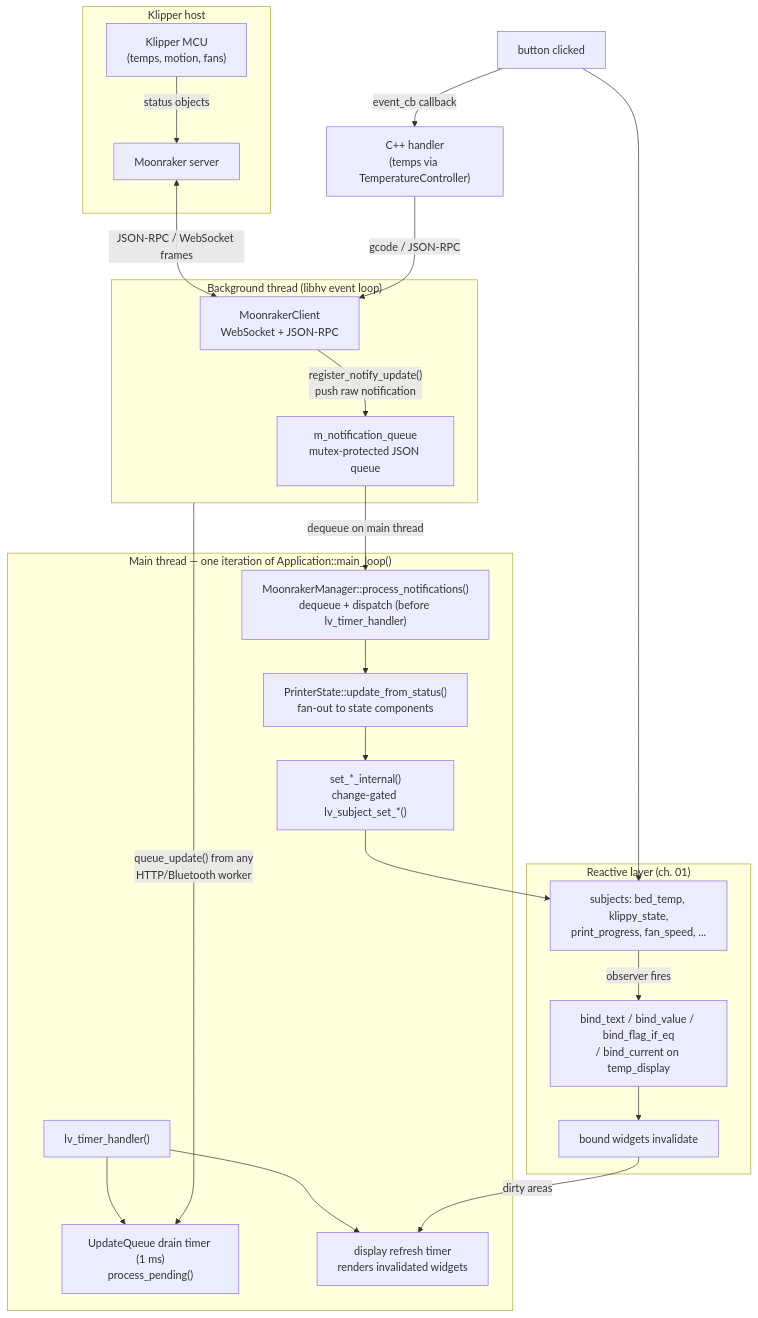
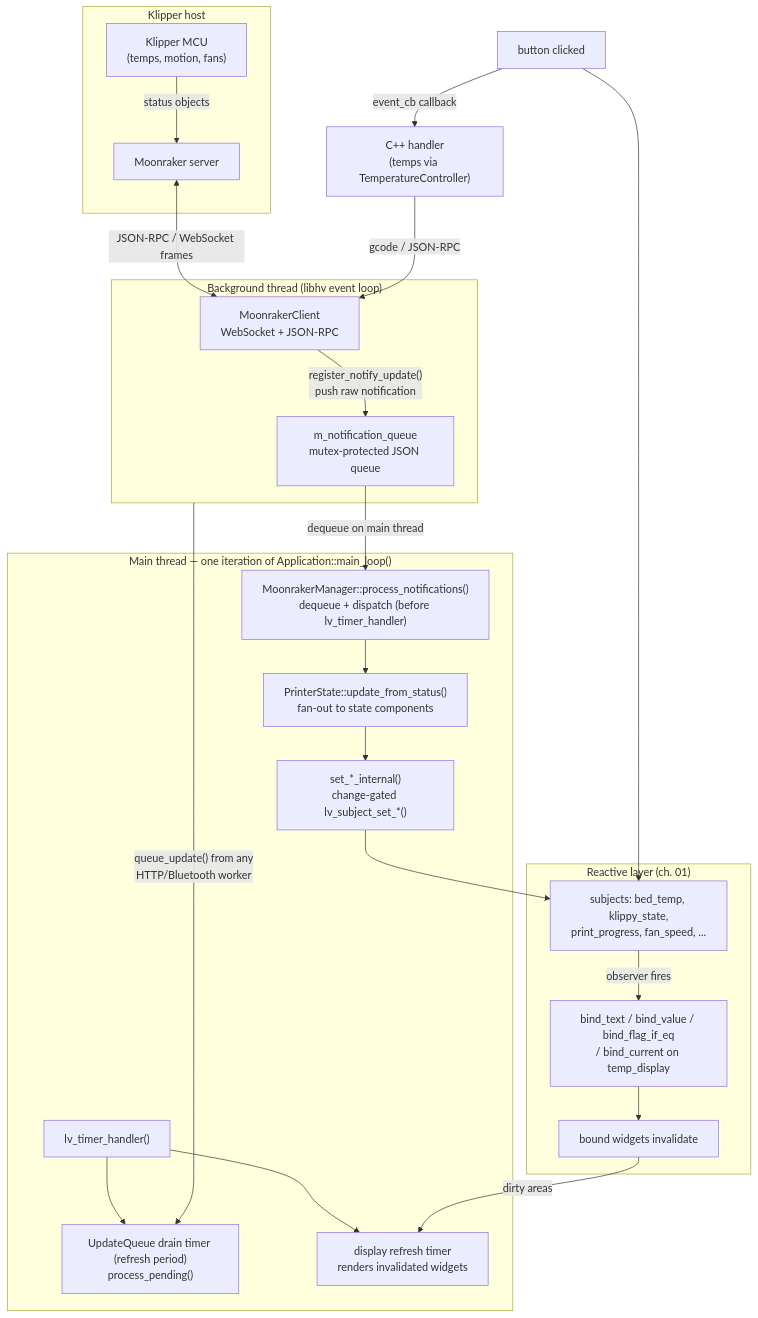
The diagram in docs/devel/architecture/02-subjects-dataflow.md (prestonbrown/helixscreen), drawn with Mermaid before and after one commit. The commit also changed other lines of this file and 1 other file, not shown here.

First line of the commit message:
docs(architecture): the update queue drains on the refresh period, not every millisecond

````diff
--- a/docs/devel/architecture/02-subjects-dataflow.md
+++ b/docs/devel/architecture/02-subjects-dataflow.md
@@ -7,44 +7,44 @@
 ```mermaid
 flowchart TD
     subgraph REMOTE["Klipper host"]
         KL["Klipper MCU<br/>(temps, motion, fans)"]
         MR["Moonraker server"]
         KL -->|"status objects"| MR
     end
 
     subgraph BG["Background thread (libhv event loop)"]
         WS["MoonrakerClient<br/>WebSocket + JSON-RPC"]
         NQ["m_notification_queue<br/>mutex-protected JSON queue"]
         WS -->|"register_notify_update()<br/>push raw notification"| NQ
     end
 
     MR <-- "JSON-RPC / WebSocket frames" --> WS
 
     subgraph MAIN["Main thread — one iteration of Application::main_loop()"]
         DEQ["MoonrakerManager::process_notifications()<br/>dequeue + dispatch (before lv_timer_handler)"]
         UPD["PrinterState::update_from_status()<br/>fan-out to state components"]
         SET["set_*_internal()<br/>change-gated lv_subject_set_*()"]
         TH["lv_timer_handler()"]
-        UQ["UpdateQueue drain timer (1 ms)<br/>process_pending()"]
+        UQ["UpdateQueue drain timer (refresh period)<br/>process_pending()"]
         REFR["display refresh timer<br/>renders invalidated widgets"]
         DEQ --> UPD --> SET
         TH --> UQ
         TH --> REFR
     end
 
     NQ -->|"dequeue on main thread"| DEQ
     BG -->|"queue_update() from any<br/>HTTP/Bluetooth worker"| UQ
 
     subgraph REACT["Reactive layer (ch. 01)"]
         SUBJ["subjects: bed_temp, klippy_state,<br/>print_progress, fan_speed, ..."]
         BIND["bind_text / bind_value / bind_flag_if_eq<br/>/ bind_current on temp_display"]
         W["bound widgets invalidate"]
         SUBJ -->|"observer fires"| BIND --> W
     end
     SET --> SUBJ
     W -->|"dirty areas"| REFR
 
     BTN["button clicked"] -->|"event_cb callback"| CTRL["C++ handler<br/>(temps via TemperatureController)"]
     BTN --> SUBJ
     CTRL -->|"gcode / JSON-RPC"| WS
 ```
````
